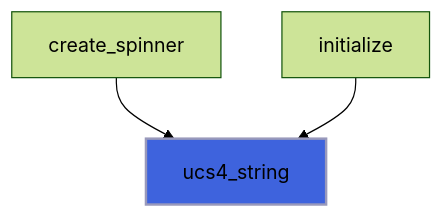
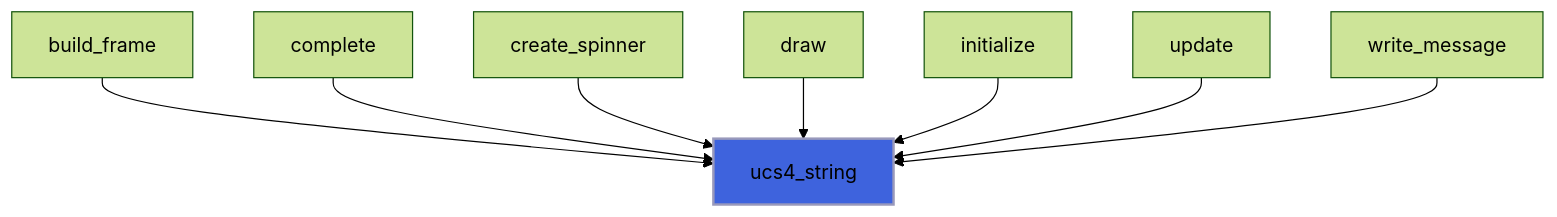
Before and after one commit to szaghi/forbear: the diagram in docs/api/src/lib/forbear_kinds.md, drawn with Mermaid (forest theme). The commit also changed other lines of this file and 101 other files, not shown here.

````diff
--- a/docs/api/src/lib/forbear_kinds.md
+++ b/docs/api/src/lib/forbear_kinds.md
@@ -40,6 +40,11 @@
 ```mermaid
 flowchart TD
+  build_frame["build_frame"] --> ucs4_string["ucs4_string"]
+  complete["complete"] --> ucs4_string["ucs4_string"]
   create_spinner["create_spinner"] --> ucs4_string["ucs4_string"]
+  draw["draw"] --> ucs4_string["ucs4_string"]
   initialize["initialize"] --> ucs4_string["ucs4_string"]
+  update["update"] --> ucs4_string["ucs4_string"]
+  write_message["write_message"] --> ucs4_string["ucs4_string"]
   style ucs4_string fill:#3e63dd,stroke:#99b,stroke-width:2px
 ```
````
